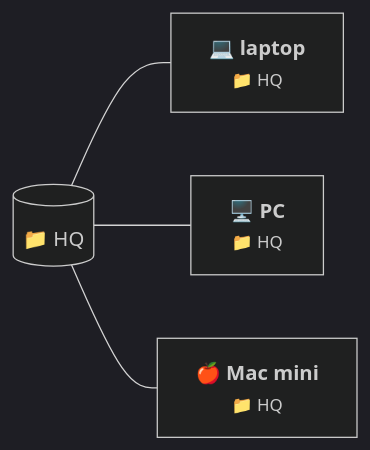
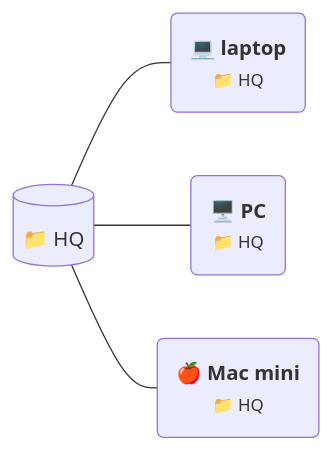
One commit to sayjeyhi/talks changed the eighth of 13 diagrams in presentations/oh-my-harness/slides.md. Above: the diagram before and after it, drawn with Mermaid. The commit also changed other lines of this file and 16 other files, not shown here.

````diff
--- a/presentations/oh-my-harness/slides.md
+++ b/presentations/oh-my-harness/slides.md
@@ -1698,8 +1586,7 @@
 ```mermaid
-%%{init: {"theme": "dark"}}%%
 flowchart LR
     hq[("📁 HQ")]
-    hq --- laptop["<b>💻 laptop</b><br/><small>📁 HQ</small>"]
-    hq --- pc["<b>🖥️ PC</b><br/><small>📁 HQ</small>"]
-    hq --- mini["<b>🍎 Mac mini</b><br/><small>📁 HQ</small>"]
+    hq --- laptop("<b>💻 laptop</b><br/><small>📁 HQ</small>")
+    hq --- pc("<b>🖥️ PC</b><br/><small>📁 HQ</small>")
+    hq --- mini("<b>🍎 Mac mini</b><br/><small>📁 HQ</small>")
 ```
````
